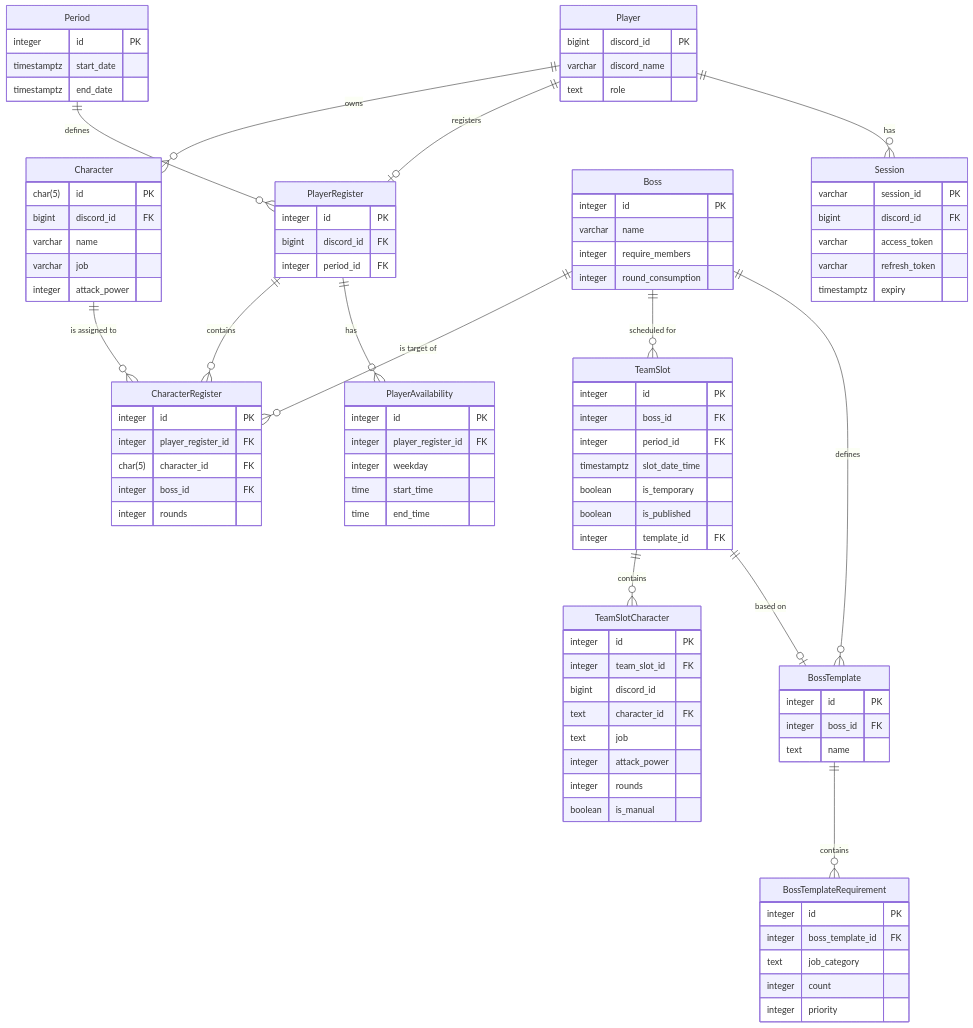
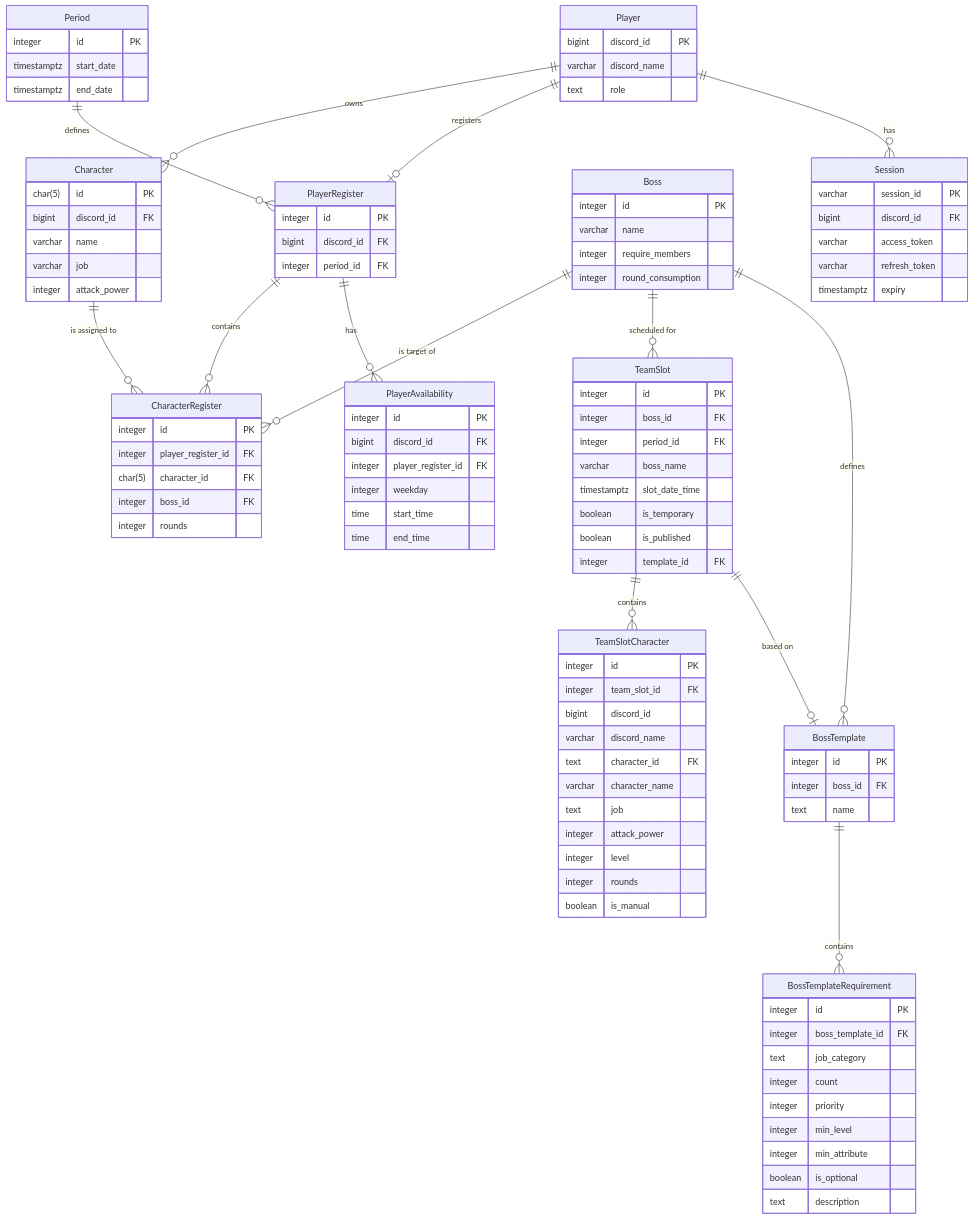
One commit to MinMiss5678/MapleStoryRaidScheduler changed the fourth of 5 diagrams in docs/architecture.md. Above: the diagram before and after it, drawn with Mermaid. The commit also changed other lines of this file, not shown here.

````diff
--- a/docs/architecture.md
+++ b/docs/architecture.md
@@ -266,6 +302,7 @@
     }
     PlayerAvailability {
         integer id PK
+        bigint discord_id FK
         integer player_register_id FK
         integer weekday
         time start_time
@@ -282,6 +319,7 @@
         integer id PK
         integer boss_id FK
         integer period_id FK
+        varchar boss_name
         timestamptz slot_date_time
         boolean is_temporary
         boolean is_published
@@ -291,9 +329,12 @@
         integer id PK
         integer team_slot_id FK
         bigint discord_id
+        varchar discord_name
         text character_id FK
+        varchar character_name
         text job
         integer attack_power
+        integer level
         integer rounds
         boolean is_manual
     }
@@ -315,5 +356,9 @@
         text job_category
         integer count
         integer priority
+        integer min_level
+        integer min_attribute
+        boolean is_optional
+        text description
     }
 ```
````
